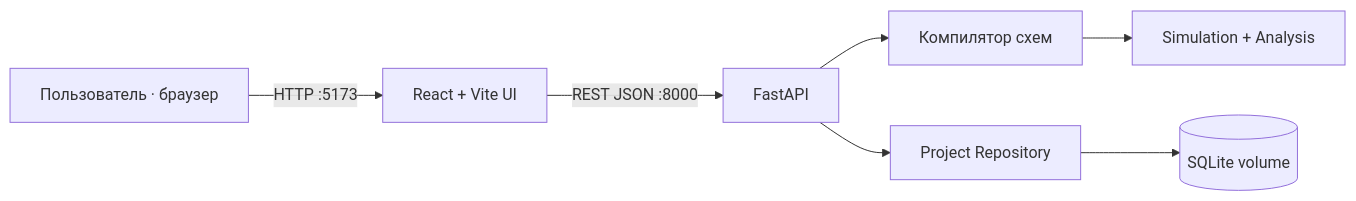
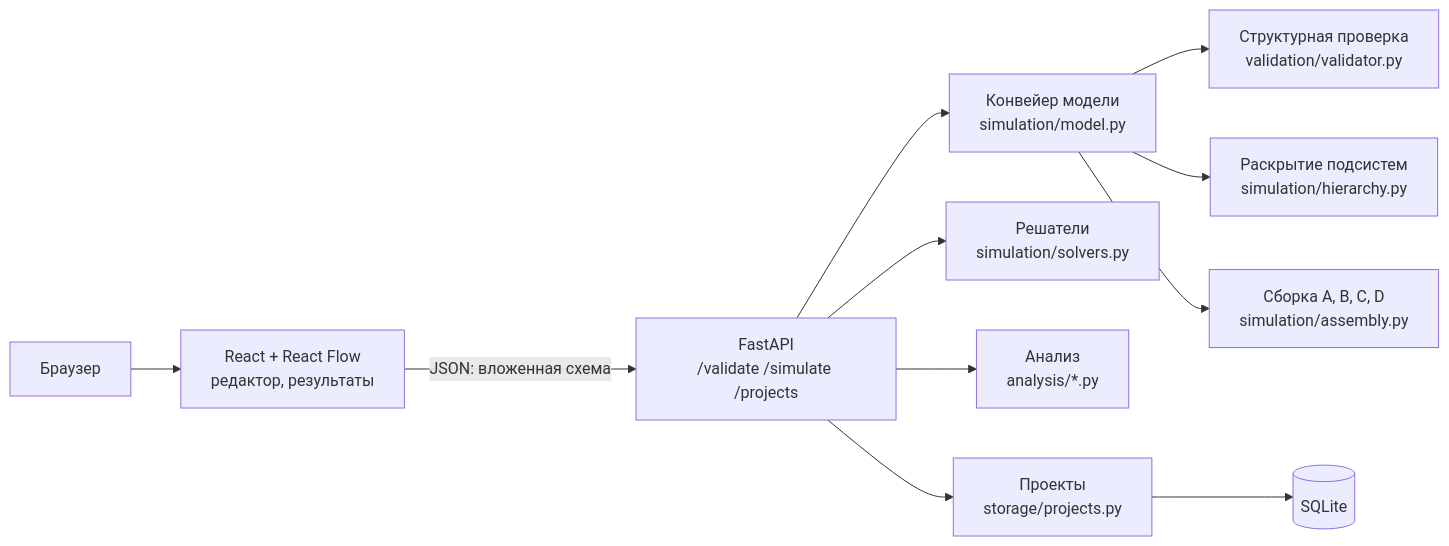
Before and after one commit to quenyu/NIR: the first of 2 diagrams in docs/architecture_overview.md, drawn with Mermaid. The commit also changed other lines of this file and 40 other files, not shown here.

````diff
--- a/docs/architecture_overview.md
+++ b/docs/architecture_overview.md
@@ -5,9 +13,12 @@
 ```mermaid
 flowchart LR
-    U["Пользователь · браузер"] -->|"HTTP :5173"| F["React + Vite UI"]
-    F -->|"REST JSON :8000"| A["FastAPI"]
-    A --> C["Компилятор схем"]
-    C --> M["Simulation + Analysis"]
-    A --> R["Project Repository"]
-    R --> D[("SQLite volume")]
+    U["Браузер"] --> F["React + React Flow<br/>редактор, результаты"]
+    F -->|"JSON: вложенная схема"| A["FastAPI<br/>/validate /simulate /projects"]
+    A --> P["Конвейер модели<br/>simulation/model.py"]
+    P --> V["Структурная проверка<br/>validation/validator.py"]
+    P --> H["Раскрытие подсистем<br/>simulation/hierarchy.py"]
+    P --> C["Сборка A, B, C, D<br/>simulation/assembly.py"]
+    A --> S["Решатели<br/>simulation/solvers.py"]
+    A --> N["Анализ<br/>analysis/*.py"]
+    A --> R["Проекты<br/>storage/projects.py"] --> D[("SQLite")]
 ```
````
